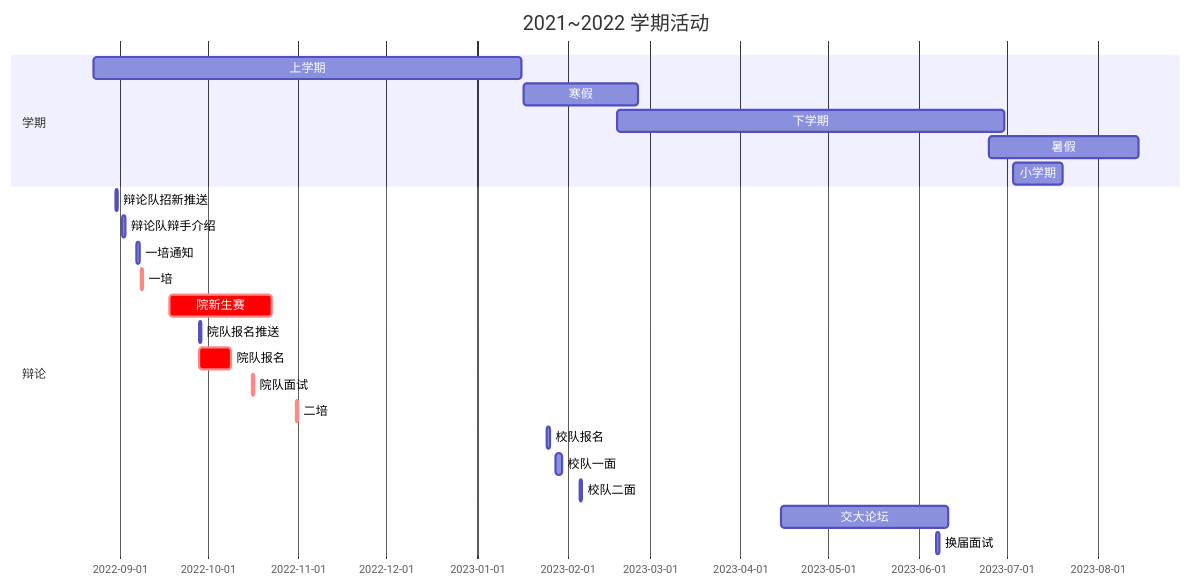
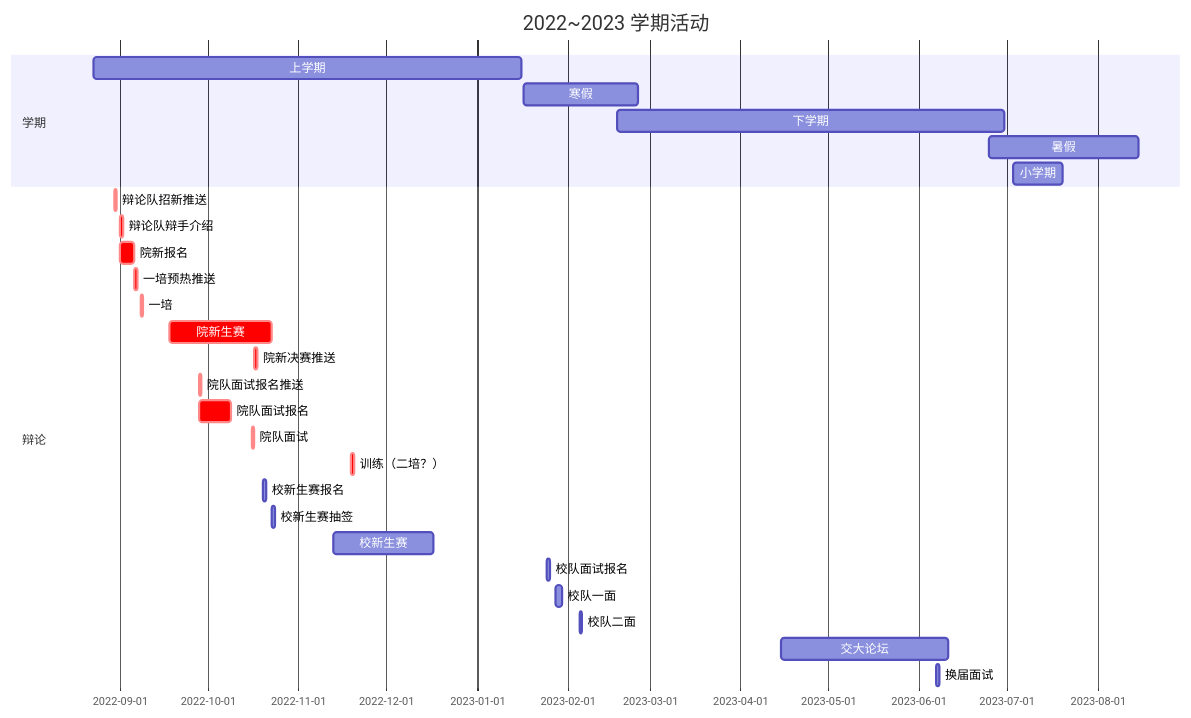
The first of 2 diagrams in docs/活动指南/index.md (RuanJianZongHeng/RuanJianZongHeng.github.io), drawn with Mermaid before and after one commit. The commit also changed other lines of this file and 10 other files, not shown here.

````diff
--- a/docs/活动指南/index.md
+++ b/docs/活动指南/index.md
@@ -4,26 +12,31 @@
 ```mermaid
 gantt
-    title 2021~2022 学期活动
+    title 2022~2023 学期活动
     dateFormat  YYYY-MM-DD
     section 学期
     上学期                                         :2022-08-23, 2023-01-16
     寒假                                           :2023-01-17, 2023-02-25
     下学期                                         :2023-02-18, 2023-06-30
     暑假                                           :2023-06-25, 2023-08-15
     小学期                                         :2023-07-03, 2023-07-20
     section 辩论
-    辩论队招新推送                                  :2022-08-30 10:51, 1d
-    辩论队辩手介绍                                  :2022-09-01 17:37, 1d
-    一培通知                                       :2022-09-06 18:28, 1d
+    辩论队招新推送                                  :crit, 2022-08-30, 1d
+    辩论队辩手介绍                                  :crit, 2022-09-01, 1d
+    院新报名                                      :crit, 2022-09-01, 2022-09-06
+    一培预热推送                                   :crit, 2022-09-06, 1d
     一培                                          :crit, 2022-09-08, 1d
     院新生赛                                       :crit, 2022-09-18, 2022-10-23
-    院队报名推送                                   :2022-09-28, 1d
-    院队报名                                       :crit, 2022-09-28, 2022-10-09
+    院新决赛推送                                   :crit, 2022-10-17, 1d
+    院队面试报名推送                                 :crit, 2022-09-28, 1d
+    院队面试报名                                     :crit, 2022-09-28, 2022-10-09
     院队面试                                       :crit, 2022-10-16, 1d
-    二培                                           :crit, 2022-10-31, 1d
-    校队报名                                       :2023-01-25, 2023-01-26
+    训练（二培？）                                   :crit, 2022-11-19, 1d
+    校新生赛报名                                    :2022-10-20, 2022-10-21
+    校新生赛抽签                                    :2022-10-23, 1d
+    校新生赛                                       :2022-11-13, 2022-12-17
+    校队面试报名                                       :2023-01-25, 2023-01-26
     校队一面                                       :2023-01-28, 2d
     校队二面                                       :2023-02-05, 1d
     交大论坛                                       :2023-04-15, 2023-06-11
     换届面试                                       :2023-06-07, 1d
 ```
````
